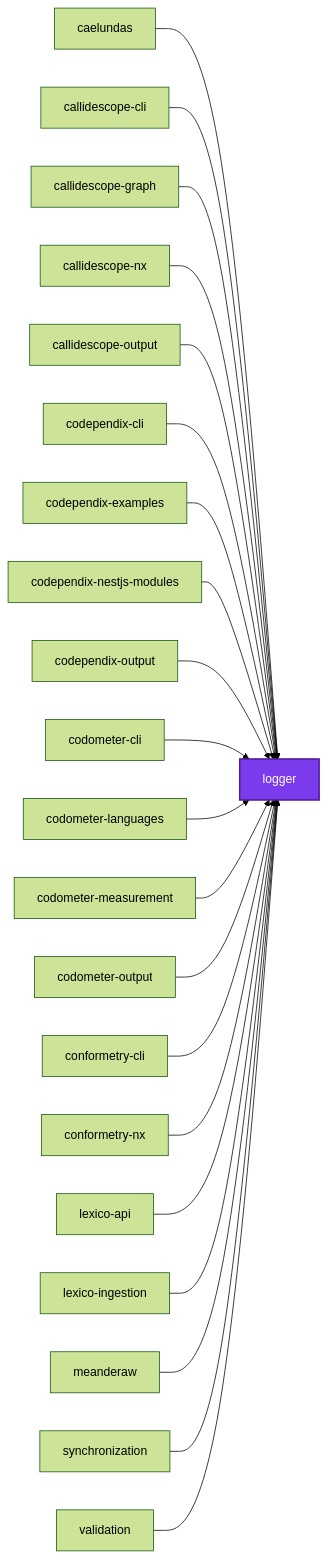
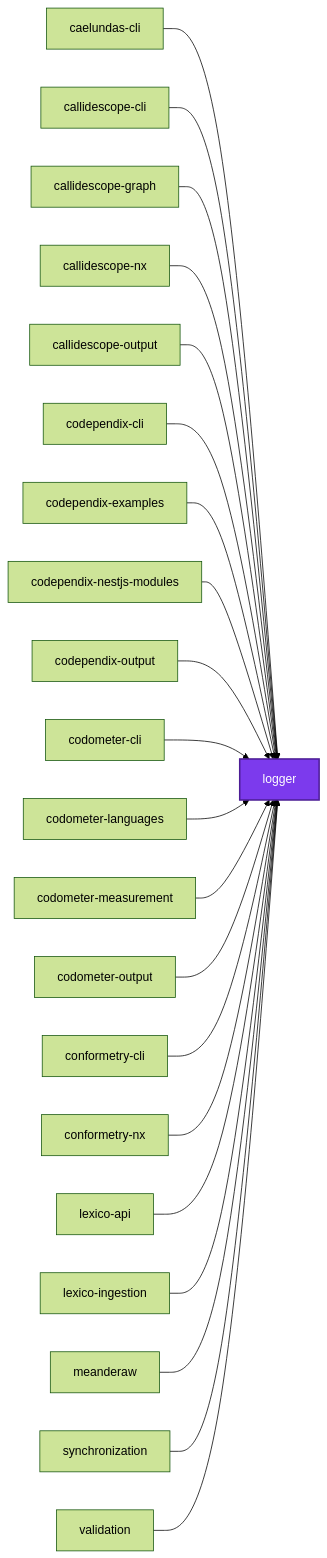
One commit to Organizzolini/codebase changed the first of 3 diagrams in packages/logger/README.md. Above: the diagram before and after it, drawn with Mermaid (forest theme). The commit also changed 3 other files, not shown here.

````diff
--- a/packages/logger/README.md
+++ b/packages/logger/README.md
@@ -136,46 +136,46 @@
 ```mermaid
 graph LR
-  caelundas["caelundas"]
+  caelundas_cli["caelundas-cli"]
   callidescope_cli["callidescope-cli"]
   callidescope_graph["callidescope-graph"]
   callidescope_nx["callidescope-nx"]
   callidescope_output["callidescope-output"]
   codependix_cli["codependix-cli"]
   codependix_examples["codependix-examples"]
   codependix_nestjs_modules["codependix-nestjs-modules"]
   codependix_output["codependix-output"]
   codometer_cli["codometer-cli"]
   codometer_languages["codometer-languages"]
   codometer_measurement["codometer-measurement"]
   codometer_output["codometer-output"]
   conformetry_cli["conformetry-cli"]
   conformetry_nx["conformetry-nx"]
   lexico_api["lexico-api"]
   lexico_ingestion["lexico-ingestion"]
   logger["logger"]
   meanderaw["meanderaw"]
   synchronization["synchronization"]
   validation["validation"]
-  caelundas --> logger
+  caelundas_cli --> logger
   callidescope_cli --> logger
   callidescope_graph --> logger
   callidescope_nx --> logger
   callidescope_output --> logger
   codependix_cli --> logger
   codependix_examples --> logger
   codependix_nestjs_modules --> logger
   codependix_output --> logger
   codometer_cli --> logger
   codometer_languages --> logger
   codometer_measurement --> logger
   codometer_output --> logger
   conformetry_cli --> logger
   conformetry_nx --> logger
   lexico_api --> logger
   lexico_ingestion --> logger
   meanderaw --> logger
   synchronization --> logger
   validation --> logger
   classDef subject fill:#7c3aed,color:#fff,stroke:#4c1d95,stroke-width:2px
   class logger subject
 ```
````
